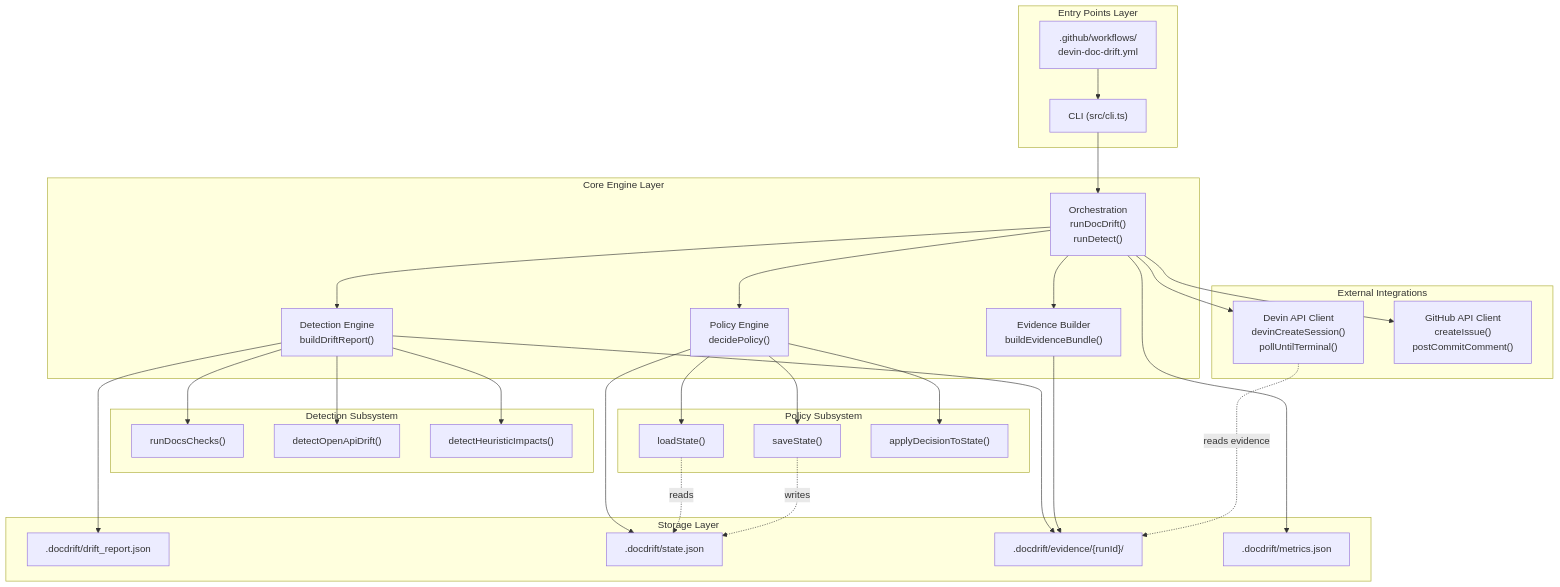
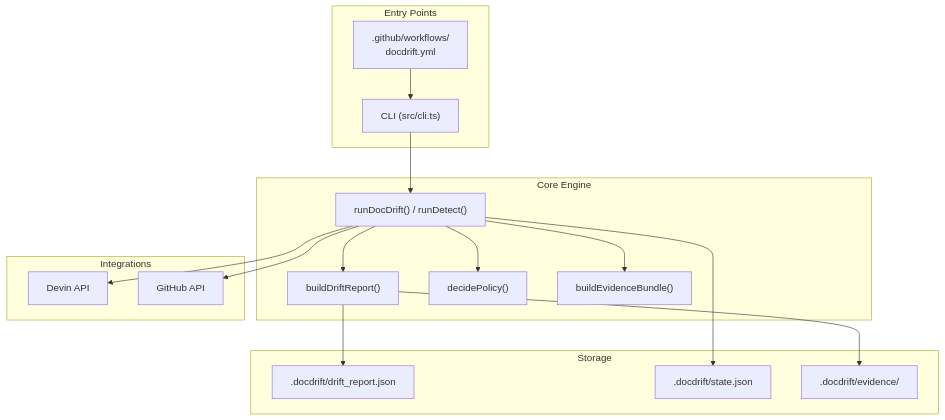
The diagram in docs/deepwiki/pages/installation-and-setup.mdx (cameronking4/docdrift), drawn with Mermaid before and after one commit. The commit also changed other lines of this file and 9 other files, not shown here.

First line of the commit message:
feat: enhance documentation with lastKnownBaseline for drift detection

````diff
--- a/docs/deepwiki/pages/installation-and-setup.mdx
+++ b/docs/deepwiki/pages/installation-and-setup.mdx
@@ -37,65 +19,36 @@
 ```mermaid
 graph TB
-    subgraph EntryPoints["Entry Points Layer"]
+    subgraph Entry["Entry Points"]
         CLI["CLI (src/cli.ts)"]
-        GHAction[".github/workflows/<br/>devin-doc-drift.yml"]
+        Workflows[".github/workflows/<br/>docdrift.yml"]
     end
-    
-    subgraph CoreEngine["Core Engine Layer"]
-        Orchestration["Orchestration<br/>runDocDrift()<br/>runDetect()"]
-        Detection["Detection Engine<br/>buildDriftReport()"]
-        Policy["Policy Engine<br/>decidePolicy()"]
-        Evidence["Evidence Builder<br/>buildEvidenceBundle()"]
+
+    subgraph Core["Core Engine"]
+        Run["runDocDrift() / runDetect()"]
+        Detect["buildDriftReport()"]
+        Policy["decidePolicy()"]
+        Evidence["buildEvidenceBundle()"]
     end
-    
-    subgraph DetectionSub["Detection Subsystem"]
-        T0["runDocsChecks()"]
-        T1["detectOpenApiDrift()"]
-        T2["detectHeuristicImpacts()"]
+
+    subgraph Integrations["Integrations"]
+        Devin["Devin API"]
+        GitHub["GitHub API"]
     end
-    
-    subgraph PolicySub["Policy Subsystem"]
-        StateLoad["loadState()"]
-        StateSave["saveState()"]
-        DecisionApply["applyDecisionToState()"]
+
+    subgraph Storage["Storage"]
+        Report[".docdrift/drift_report.json"]
+        State[".docdrift/state.json"]
+        EvidenceDir[".docdrift/evidence/"]
     end
-    
-    subgraph ExternalIntegrations["External Integrations"]
-        DevinAPI["Devin API Client<br/>devinCreateSession()<br/>pollUntilTerminal()"]
-        GitHubAPI["GitHub API Client<br/>createIssue()<br/>postCommitComment()"]
-    end
-    
-    subgraph Storage["Storage Layer"]
-        DriftReport[".docdrift/drift_report.json"]
-        StateFile[".docdrift/state.json"]
-        EvidenceDir[".docdrift/evidence/{runId}/"]
-        Metrics[".docdrift/metrics.json"]
-    end
-    
-    CLI --> Orchestration
-    GHAction --> CLI
-    
-    Orchestration --> Detection
-    Orchestration --> Policy
-    Orchestration --> Evidence
-    Orchestration --> DevinAPI
-    Orchestration --> GitHubAPI
-    
-    Detection --> T0
-    Detection --> T1
-    Detection --> T2
-    
-    Policy --> StateLoad
-    Policy --> StateSave
-    Policy --> DecisionApply
-    
-    Detection --> DriftReport
-    Detection --> EvidenceDir
-    Evidence --> EvidenceDir
-    Policy --> StateFile
-    Orchestration --> Metrics
-    
-    DevinAPI -.->|"reads evidence"| EvidenceDir
-    StateLoad -.->|"reads"| StateFile
-    StateSave -.->|"writes"| StateFile
+
+    CLI --> Run
+    Workflows --> CLI
+    Run --> Detect
+    Run --> Policy
+    Run --> Evidence
+    Run --> Devin
+    Run --> GitHub
+    Detect --> Report
+    Detect --> EvidenceDir
+    Run --> State
 ```
````
